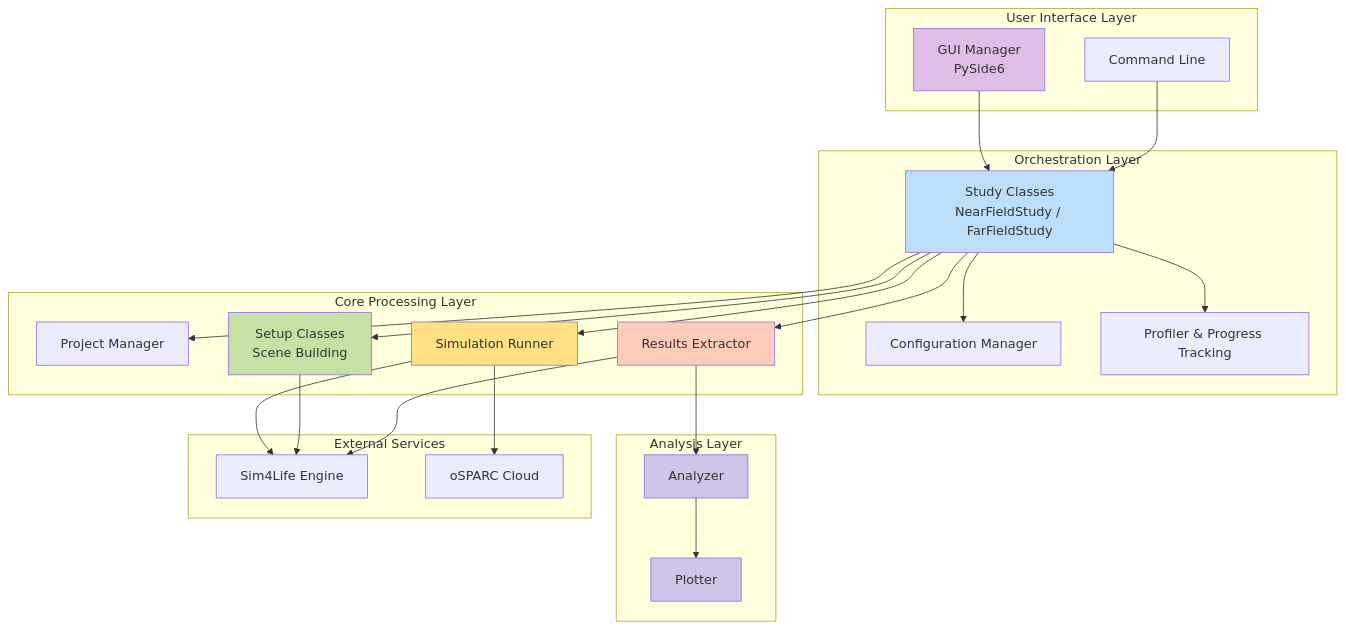
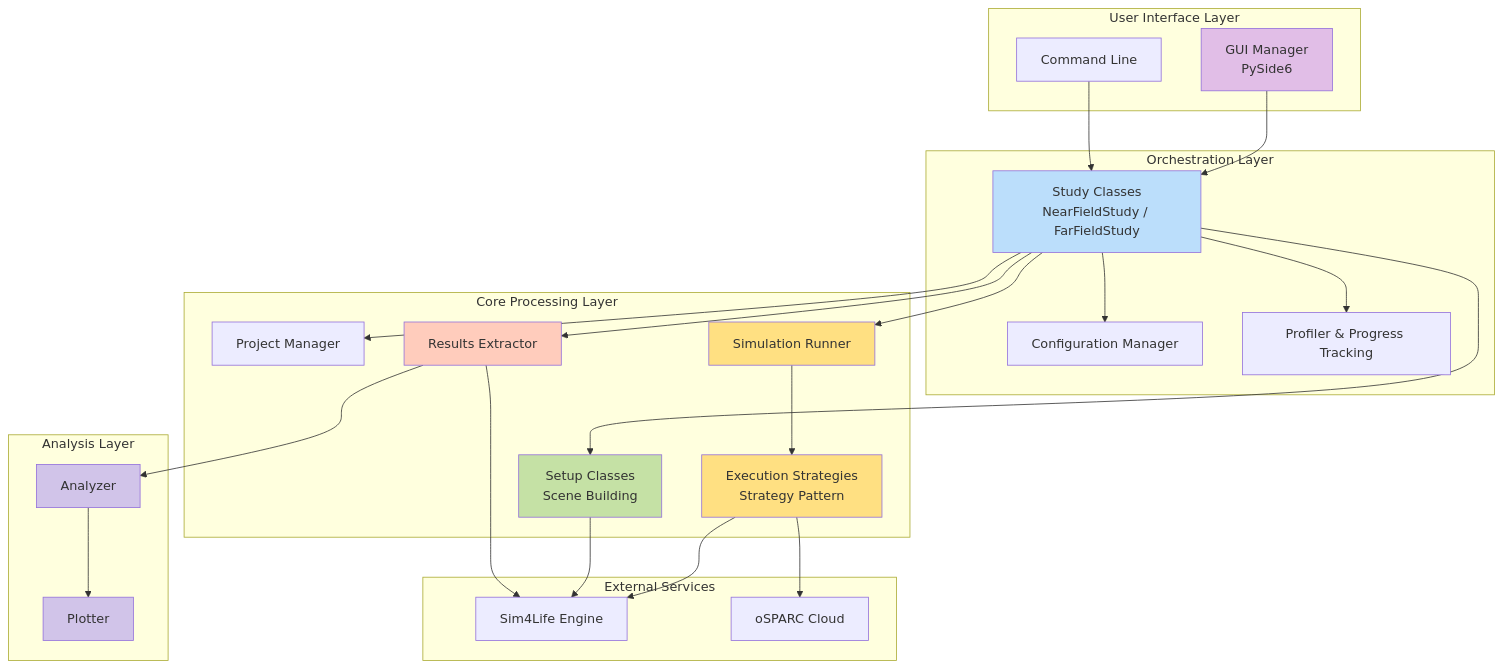
Before and after one commit to rwydaegh/goliat: the first of 2 diagrams in docs/developer_guide/technical_guide.md, drawn with Mermaid. The commit also changed other lines of this file and 10 other files, not shown here.

````diff
--- a/docs/developer_guide/technical_guide.md
+++ b/docs/developer_guide/technical_guide.md
@@ -13,53 +13,56 @@
 ```mermaid
 graph TB
     subgraph "User Interface Layer"
         GUI[GUI Manager<br/>PySide6]
         CLI[Command Line]
     end
     
     subgraph "Orchestration Layer"
         Study[Study Classes<br/>NearFieldStudy / FarFieldStudy]
         Config[Configuration Manager]
         Profiler[Profiler & Progress Tracking]
     end
     
     subgraph "Core Processing Layer"
         PM[Project Manager]
         Setup[Setup Classes<br/>Scene Building]
         Runner[Simulation Runner]
+        Strategies[Execution Strategies<br/>Strategy Pattern]
         Extractor[Results Extractor]
     end
 
     subgraph "Analysis Layer"
         Analyzer[Analyzer]
         Plotter[Plotter]
     end
     
     subgraph "External Services"
         S4L[Sim4Life Engine]
         oSPARC[oSPARC Cloud]
     end
     
     GUI --> Study
     CLI --> Study
     Study --> Config
     Study --> Profiler
     Study --> PM
     Study --> Setup
     Study --> Runner
     Study --> Extractor
+    Runner --> Strategies
     Extractor --> Analyzer
     Analyzer --> Plotter
-    Runner --> S4L
-    Runner --> oSPARC
+    Strategies --> S4L
+    Strategies --> oSPARC
     Setup --> S4L
     Extractor --> S4L
     
     style GUI fill:#E1BEE7
     style Study fill:#BBDEFB
     style Setup fill:#C5E1A5
     style Runner fill:#FFE082
+    style Strategies fill:#FFE082
     style Extractor fill:#FFCCBC
     style Analyzer fill:#D1C4E9
     style Plotter fill:#D1C4E9
 ```
````
